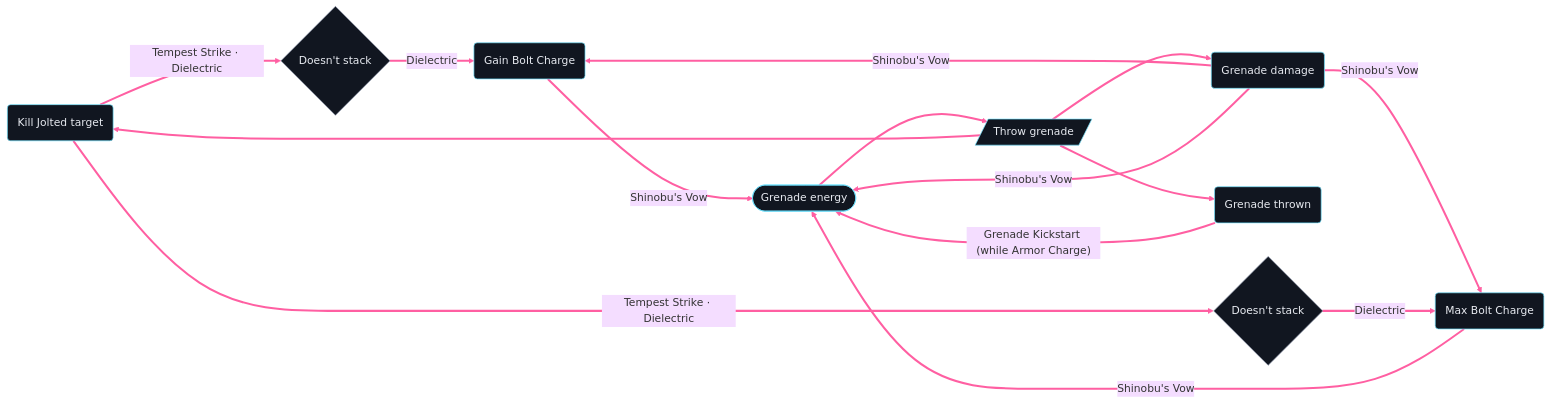
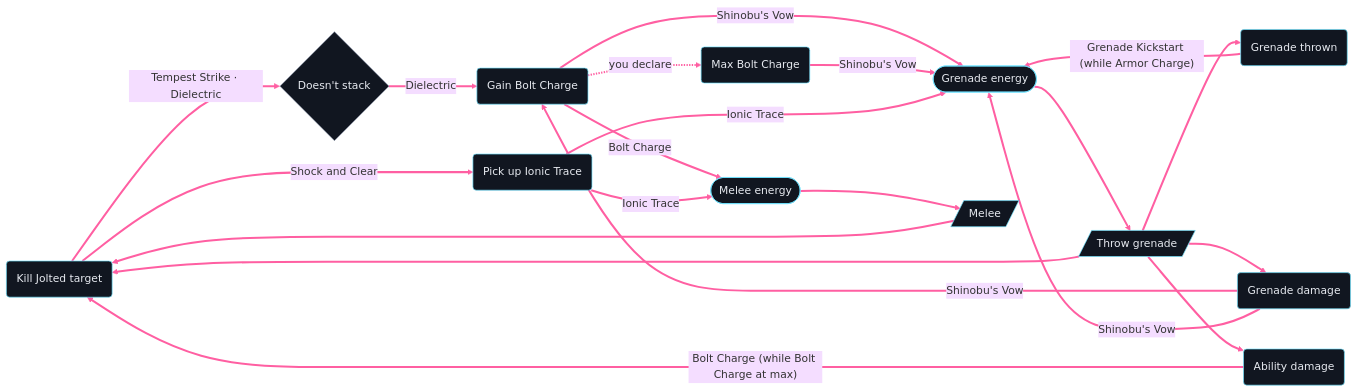
The diagram in builds/skip-grenade-hunter-ascension/loop-graph.md (JoanComasFdz/destiny-loopsmith), drawn with Mermaid (base theme) before and after one commit. The commit also changed other lines of this file and 8 other files, not shown here.

First line of the commit message:
Loop graph: reaching a stacking buff's max is a link you declare

````diff
--- a/builds/skip-grenade-hunter-ascension/loop-graph.md
+++ b/builds/skip-grenade-hunter-ascension/loop-graph.md
@@ -14,35 +16,44 @@
 ```mermaid
 flowchart LR
   classDef neutral fill:#111620,stroke:#8a94a8,color:#e7eaf0
   classDef kinetic fill:#111620,stroke:#e7eaf0,color:#e7eaf0
   classDef arc fill:#111620,stroke:#6fe3ff,color:#e7eaf0
   classDef solar fill:#111620,stroke:#ff9a3c,color:#e7eaf0
   classDef void fill:#111620,stroke:#b07cff,color:#e7eaf0
   classDef stasis fill:#111620,stroke:#5aa0ff,color:#e7eaf0
   classDef strand fill:#111620,stroke:#4ee28a,color:#e7eaf0
   classDef prismatic fill:#111620,stroke:#ff5fa2,color:#e7eaf0
   n0("Kill Jolted target"):::arc
   n1("Grenade damage"):::arc
-  n2("Gain Bolt Charge"):::arc
-  n3("Max Bolt Charge"):::arc
-  n4("Grenade thrown"):::arc
-  n5(["Grenade energy"]):::arc
-  n6[/"Throw grenade"/]:::arc
-  n7{"Doesn't stack"}:::neutral
-  n8{"Doesn't stack"}:::neutral
-  n5 ==> n6
-  n6 ==> n4
-  n6 ==> n1
-  n6 ==> n0
-  n0 ==>|"Tempest Strike · Dielectric"| n7
-  n0 ==>|"Tempest Strike · Dielectric"| n8
-  n1 ==>|"Shinobu's Vow"| n2
+  n2("Pick up Ionic Trace"):::arc
+  n3("Gain Bolt Charge"):::arc
+  n4("Max Bolt Charge"):::arc
+  n5("Grenade thrown"):::arc
+  n6("Ability damage"):::arc
+  n7(["Grenade energy"]):::arc
+  n8(["Melee energy"]):::arc
+  n9[/"Throw grenade"/]:::arc
+  n10[/"Melee"/]:::arc
+  n11{"Doesn't stack"}:::neutral
+  n7 ==> n9
+  n9 ==> n5
+  n9 ==> n1
+  n9 ==> n6
+  n9 ==> n0
+  n8 ==> n10
+  n10 ==> n0
+  n0 ==>|"Tempest Strike · Dielectric"| n11
   n1 ==>|"Shinobu's Vow"| n3
-  n1 ==>|"Shinobu's Vow"| n5
-  n2 ==>|"Shinobu's Vow"| n5
-  n3 ==>|"Shinobu's Vow"| n5
-  n4 ==>|"Grenade Kickstart (while Armor Charge)"| n5
-  n7 ==>|"Dielectric"| n2
-  n8 ==>|"Dielectric"| n3
-  linkStyle 0,1,2,3,4,5,6,7,8,9,10,11,12,13 stroke:#ff5fa2,stroke-width:3px
+  n1 ==>|"Shinobu's Vow"| n7
+  n3 ==>|"Shinobu's Vow"| n7
+  n4 ==>|"Shinobu's Vow"| n7
+  n0 ==>|"Shock and Clear"| n2
+  n5 ==>|"Grenade Kickstart (while Armor Charge)"| n7
+  n11 ==>|"Dielectric"| n3
+  n6 ==>|"Bolt Charge (while Bolt Charge at max)"| n0
+  n3 ==>|"Bolt Charge"| n8
+  n2 ==>|"Ionic Trace"| n7
+  n2 ==>|"Ionic Trace"| n8
+  n3 -.->|"you declare"| n4
+  linkStyle 0,1,2,3,4,5,6,7,8,9,10,11,12,13,14,15,16,17,18,19 stroke:#ff5fa2,stroke-width:3px
 ```
````
